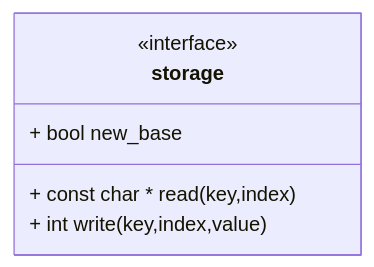
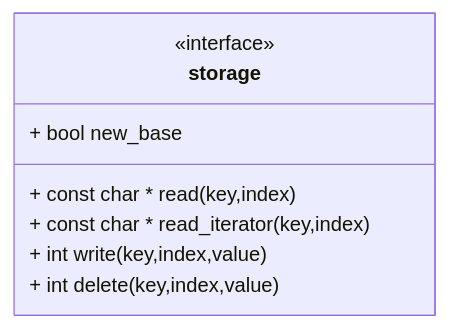
Before and after one commit to Uiowa-Applied-Topology/tanglenomicon_core_libraries: the diagram in docs/design/Storage/Interface.md, drawn with Mermaid. The commit also changed 10 other files, not shown here.

````diff
--- a/docs/design/Storage/Interface.md
+++ b/docs/design/Storage/Interface.md
@@ -3,9 +3,11 @@
 ```mermaid
 classDiagram
 class storage{
 <<interface>>
 + bool new_base 
 + const char *  read(key,index)
++ const char *  read_iterator(key,index)
 + int write(key,index,value)
++ int delete(key,index,value)
 }
 ```
````
